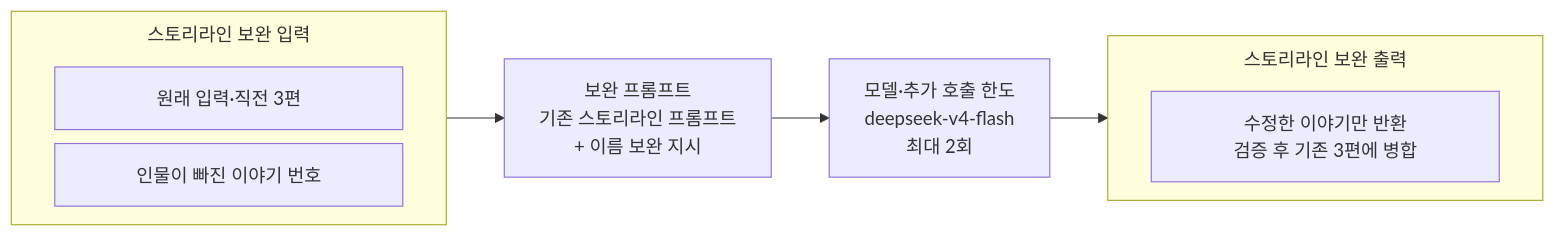
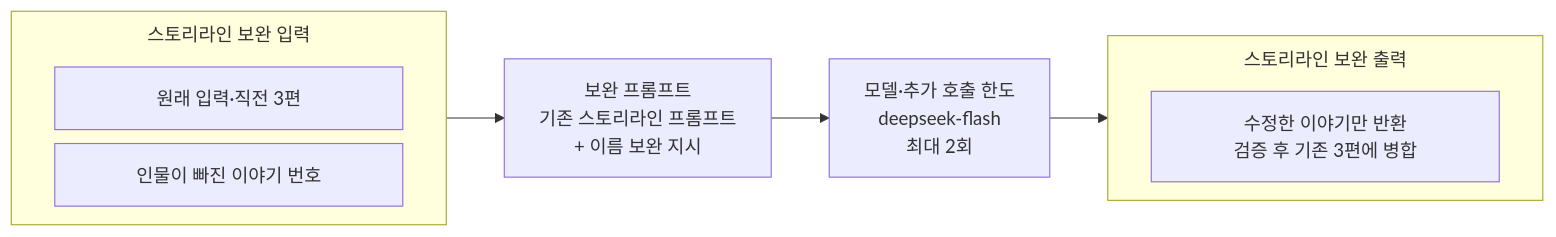
One commit to KIM-N-KANG/knk-harness changed the third of 18 diagrams in docs/spec/5-ai-server-spec.md. Above: the diagram before and after it, drawn with Mermaid. The commit also changed other lines of this file and 2 other files, not shown here.

````diff
--- a/docs/spec/5-ai-server-spec.md
+++ b/docs/spec/5-ai-server-spec.md
@@ -131,18 +131,18 @@
 ```mermaid
 %%{init: {"flowchart": {"nodeSpacing": 12, "subGraphTitleMargin": {"top": 8, "bottom": 24}}}}%%
 flowchart LR
     subgraph S["스토리라인 보완 입력"]
         direction LR
         S_item1["<div style='width:240px;text-align:center;'><span>원래 입력·직전 3편</span></div>"]
         S_item2["<div style='width:240px;text-align:center;'><span>인물이 빠진 이야기 번호</span></div>"]
     end
     SP["보완 프롬프트<br/>기존 스토리라인 프롬프트<br/>+ 이름 보완 지시"]
-    SM["모델·추가 호출 한도<br/>deepseek-v4-flash<br/>최대 2회"]
+    SM["모델·추가 호출 한도<br/>deepseek-flash<br/>최대 2회"]
     subgraph SO["스토리라인 보완 출력"]
         direction LR
         SO_item1["<div style='width:240px;text-align:center;'><span>수정한 이야기만 반환<br/>검증 후 기존 3편에 병합</span></div>"]
     end
     S --> SP
     SP --> SM
     SM --> SO
 ```
````
